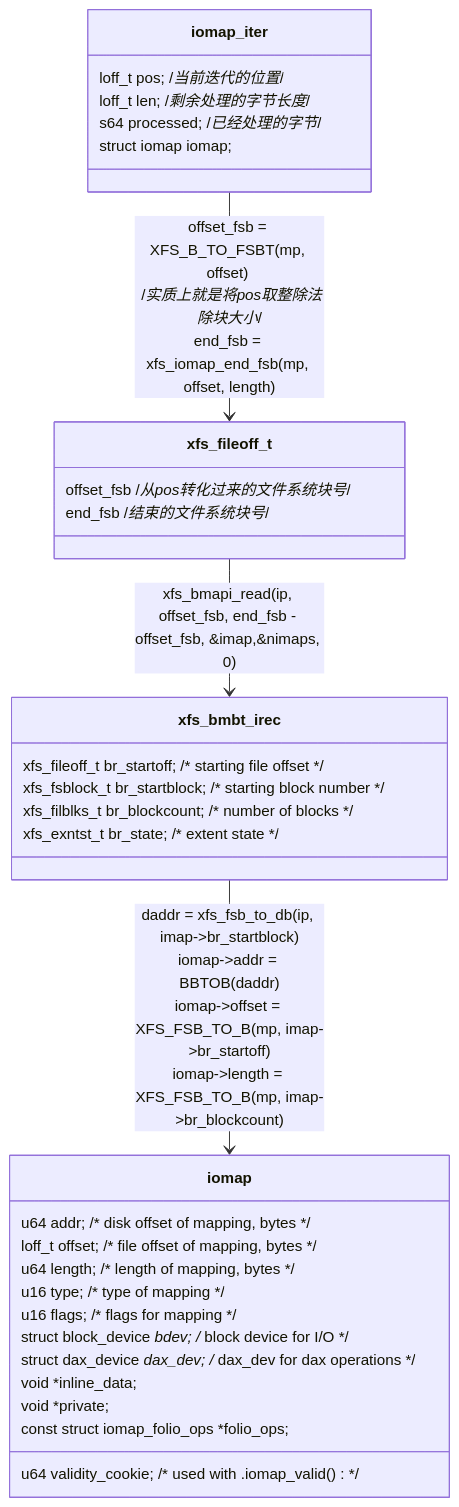
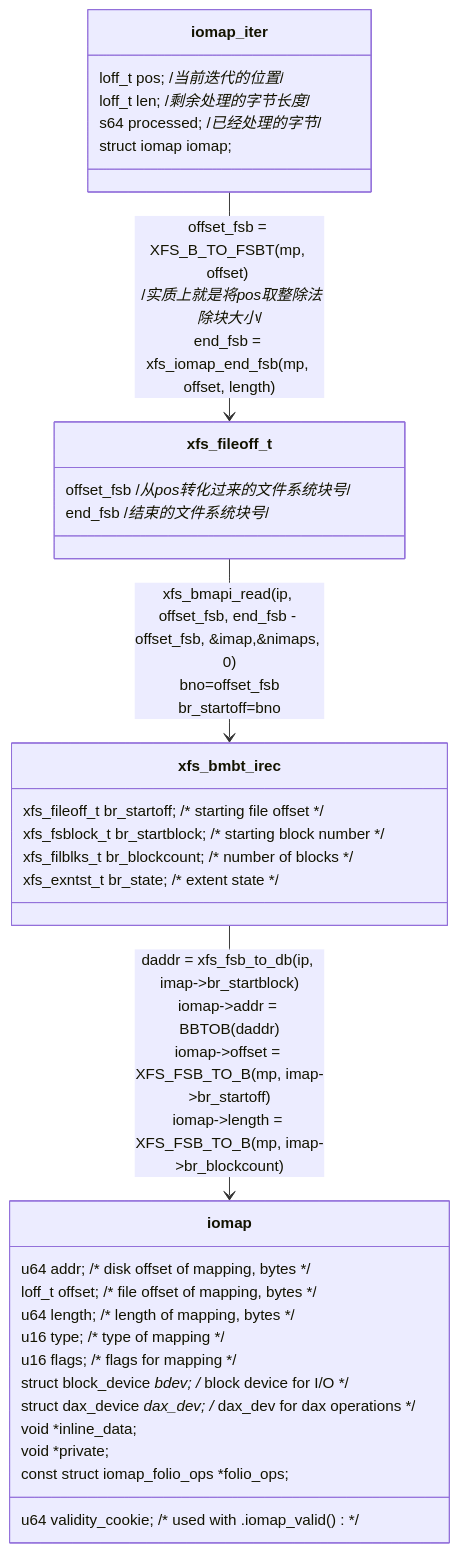
Before and after one commit to sigmanature/learn_os_note: the second of 2 diagrams in 6.13.1内核文档注释/fs/iomap/buffered_io.c/README.md, drawn with Mermaid.

````diff
--- a/6.13.1内核文档注释/fs/iomap/buffered_io.c/README.md
+++ b/6.13.1内核文档注释/fs/iomap/buffered_io.c/README.md
@@ -44,35 +44,35 @@
 ```mermaid
 classDiagram
     class A["iomap_iter"] {
         loff_t pos; /*当前迭代的位置*/
         loff_t len; /*剩余处理的字节长度*/
         s64 processed; /*已经处理的字节*/
         struct iomap iomap;
     }
     class B["xfs_fileoff_t"]{
     offset_fsb /*从pos转化过来的文件系统块号*/
     end_fsb /*结束的文件系统块号*/
     }
     class C["xfs_bmbt_irec"]{
 	xfs_fileoff_t	br_startoff;	/* starting file offset */
 	xfs_fsblock_t	br_startblock;	/* starting block number */
 	xfs_filblks_t	br_blockcount;	/* number of blocks */
 	xfs_exntst_t	br_state;	/* extent state */
     } 
     class D["iomap"] {
 	u64			addr; /* disk offset of mapping, bytes */
 	loff_t			offset;	/* file offset of mapping, bytes */
 	u64			length;	/* length of mapping, bytes */
 	u16			type;	/* type of mapping */
 	u16			flags;	/* flags for mapping */
 	struct block_device	*bdev;	/* block device for I/O */
 	struct dax_device	*dax_dev; /* dax_dev for dax operations */
 	void			*inline_data;
 	void			*private; 
 	const struct iomap_folio_ops *folio_ops;
 	u64			validity_cookie; /* used with .iomap_valid() */
 }
     A --> B : offset_fsb = XFS_B_TO_FSBT(mp, offset) <br> /*实质上就是将pos取整除法除块大小*/<br>end_fsb = xfs_iomap_end_fsb(mp, offset, length)
-    B --> C :xfs_bmapi_read(ip, offset_fsb, end_fsb - offset_fsb, &imap,&nimaps, 0)
+    B --> C :xfs_bmapi_read(ip, offset_fsb, end_fsb - offset_fsb, &imap,&nimaps, 0)<br>bno=offset_fsb<br>br_startoff=bno
     C --> D :daddr = xfs_fsb_to_db(ip, imap->br_startblock)<br>iomap->addr = BBTOB(daddr)<br>iomap->offset = XFS_FSB_TO_B(mp, imap->br_startoff)<br>iomap->length = XFS_FSB_TO_B(mp, imap->br_blockcount)
 ```
````
